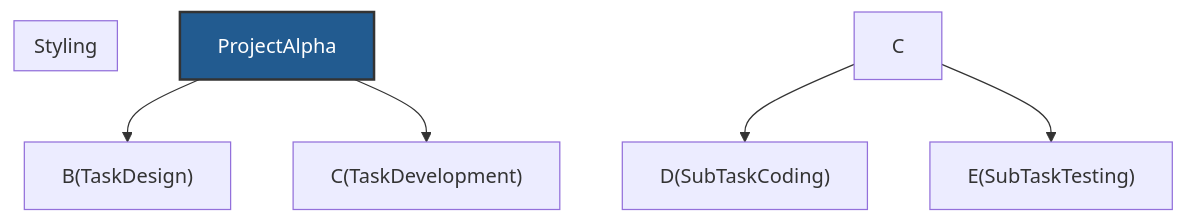
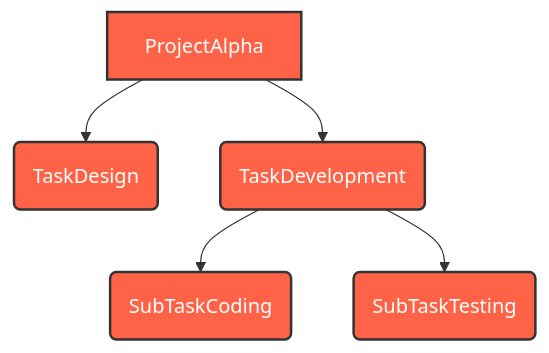
One commit to ikko/sym changed the first of 4 diagrams in docs/2_introduction.md. Above: the diagram before and after it, drawn with Mermaid. The commit also changed other lines of this file and 15 other files, not shown here.

Commit message:
inbetween cleaning examples and recolor mermaids

````diff
--- a/docs/2_introduction.md
+++ b/docs/2_introduction.md
@@ -68,12 +89,13 @@
 ```mermaid
 graph TD
-    A[ProjectAlpha] --> B&#40TaskDesign&#41
-    A --> C&#40TaskDevelopment&#41
-    C --> D&#40SubTaskCoding&#41
-    C --> E&#40SubTaskTesting&#41
+    A[ProjectAlpha] --> B(TaskDesign)
+    A --> C(TaskDevelopment)
+    C --> D(SubTaskCoding)
+    C --> E(SubTaskTesting)
 
-    subgraph "Styling"
-    end
-
-    style A fill:#225b90,stroke:#333,stroke-width:2px,color:#FFFFFF;
+    style A fill:#FF6347,stroke:#333,stroke-width:2px,color:#FFFFFF;
+    style B fill:#FF6347,stroke:#333,stroke-width:2px,color:#FFFFFF;
+    style C fill:#FF6347,stroke:#333,stroke-width:2px,color:#FFFFFF;
+    style D fill:#FF6347,stroke:#333,stroke-width:2px,color:#FFFFFF;
+    style E fill:#FF6347,stroke:#333,stroke-width:2px,color:#FFFFFF;
 ```
````
